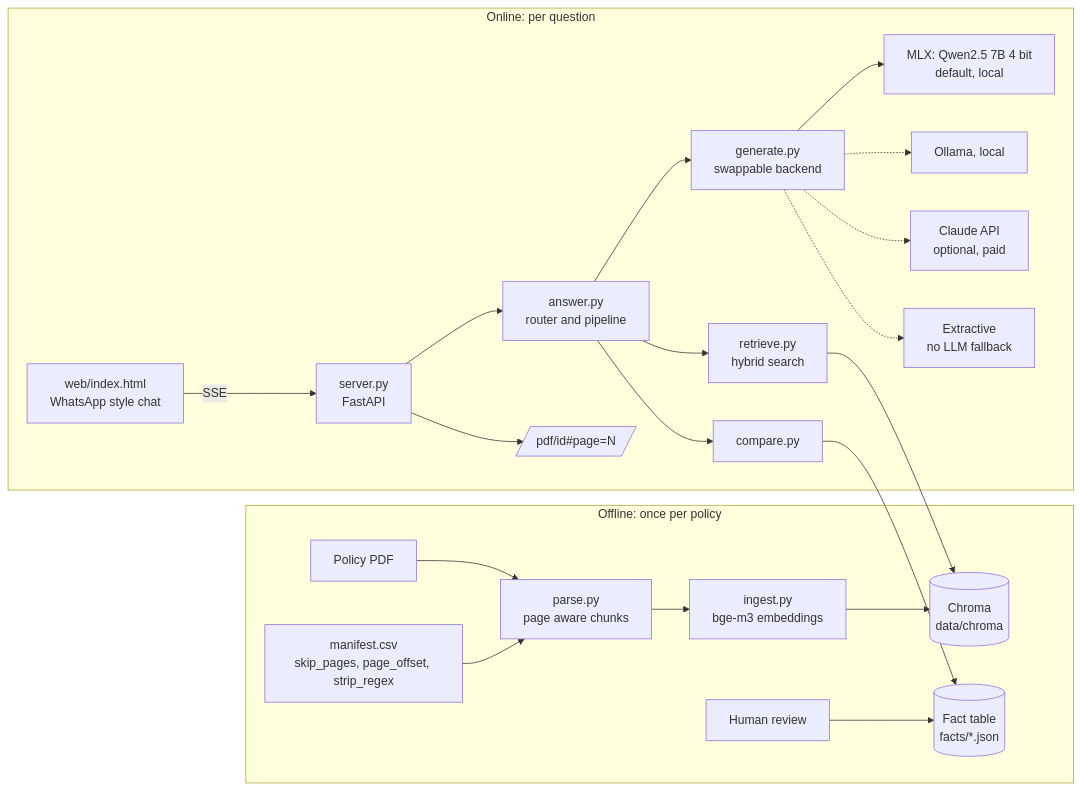
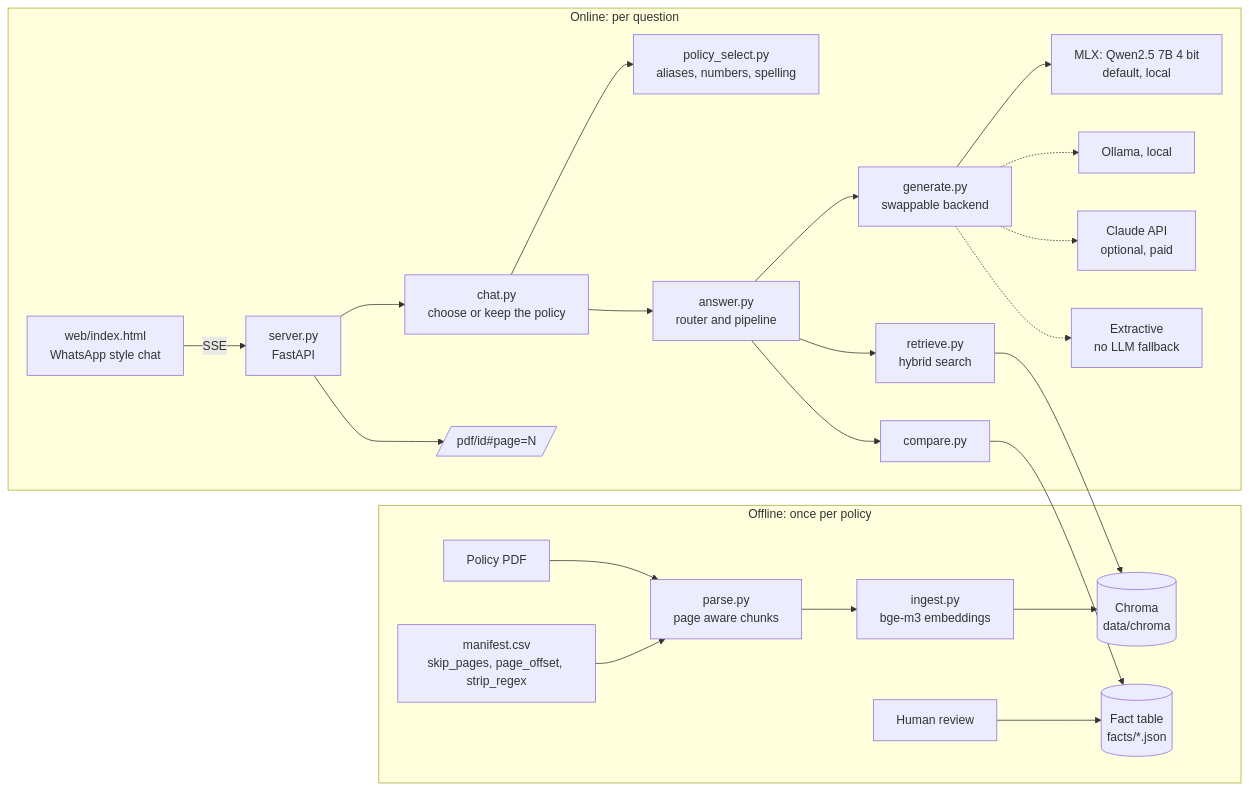
Before and after one commit to bharalipanchanan-lgtm/multilingual-agent-copilot: the first of 4 diagrams in ARCHITECTURE.md, drawn with Mermaid. The commit also changed other lines of this file and 14 other files, not shown here.

First line of the commit message:
Choose the policy in conversation instead of a dropdown

````diff
--- a/ARCHITECTURE.md
+++ b/ARCHITECTURE.md
@@ -7,25 +7,27 @@
 ```mermaid
 flowchart LR
     subgraph Offline["Offline: once per policy"]
         PDF[Policy PDF] --> P[parse.py<br/>page aware chunks]
         M[manifest.csv<br/>skip_pages, page_offset, strip_regex] --> P
         P --> I[ingest.py<br/>bge-m3 embeddings]
         I --> DB[(Chroma<br/>data/chroma)]
         H[Human review] --> F[(Fact table<br/>facts/*.json)]
     end
 
     subgraph Online["Online: per question"]
         UI[web/index.html<br/>WhatsApp style chat] -- SSE --> S[server.py<br/>FastAPI]
-        S --> A[answer.py<br/>router and pipeline]
+        S --> CH[chat.py<br/>choose or keep the policy]
+        CH --> PS[policy_select.py<br/>aliases, numbers, spelling]
+        CH --> A[answer.py<br/>router and pipeline]
         A --> R[retrieve.py<br/>hybrid search]
         R --> DB
         A --> C[compare.py]
         C --> F
         A --> G[generate.py<br/>swappable backend]
         G --> MLX[MLX: Qwen2.5 7B 4 bit<br/>default, local]
         G -.-> OL[Ollama, local]
         G -.-> CL[Claude API<br/>optional, paid]
         G -.-> EX[Extractive<br/>no LLM fallback]
         S --> PDFV[/pdf/id#page=N/]
     end
 ```
````
